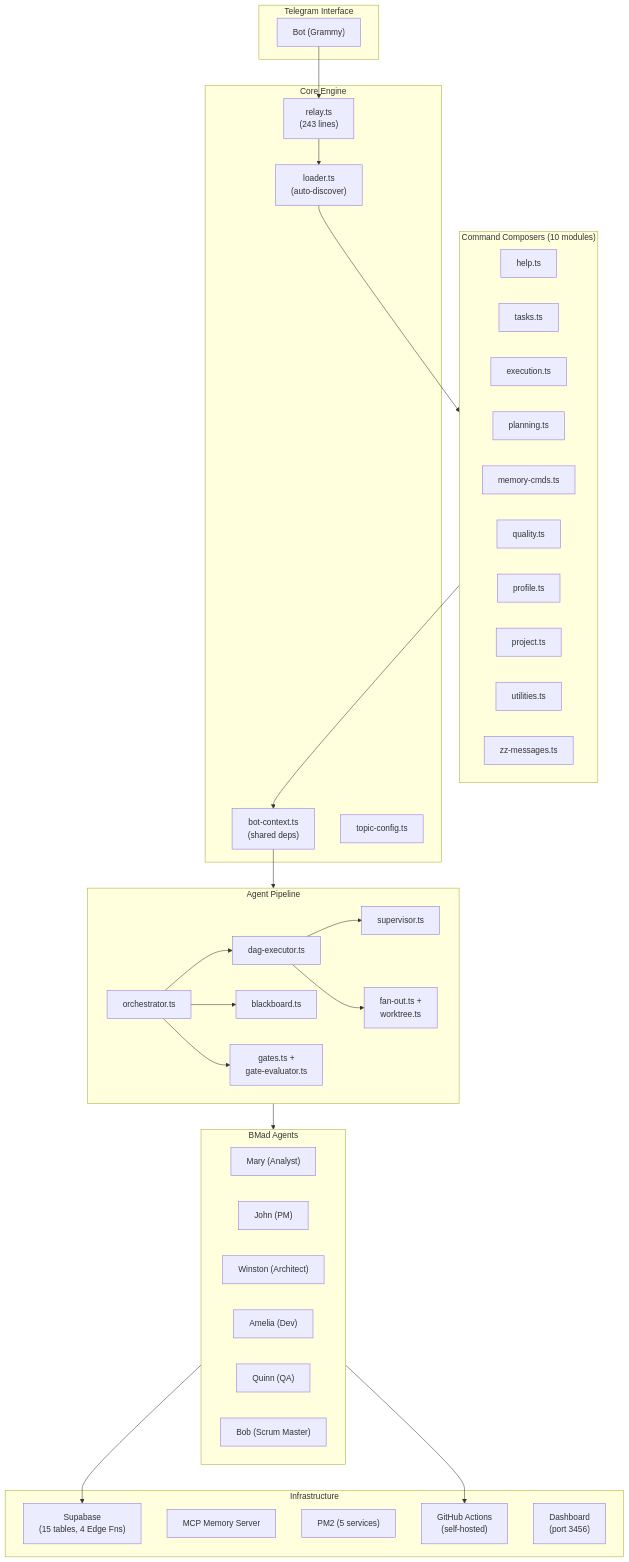
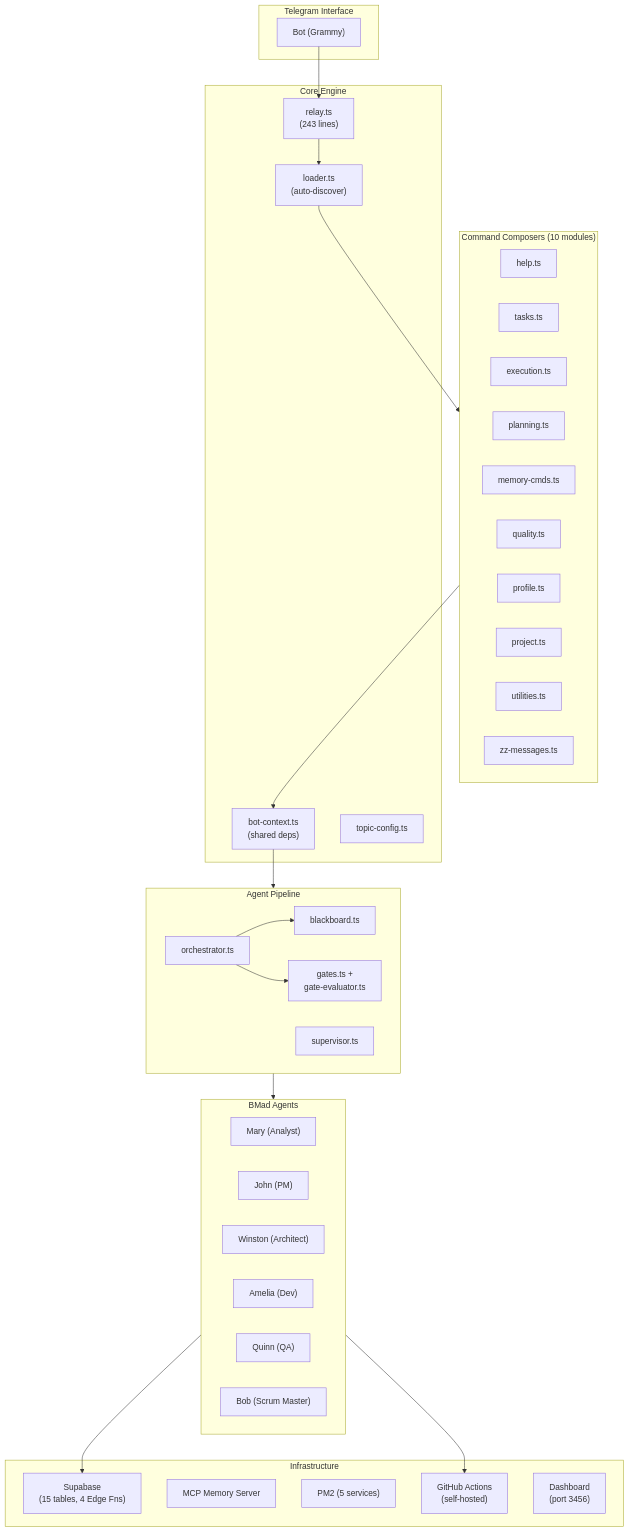
The third of 9 diagrams in README.md (EdouardZemb/claude-telegram-relay), drawn with Mermaid before and after one commit. The commit also changed other lines of this file and 22 other files, not shown here.

````diff
--- a/README.md
+++ b/README.md
@@ -67,66 +67,61 @@
 ```mermaid
 graph TB
     subgraph Telegram["Telegram Interface"]
         TG["Bot (Grammy)"]
     end
 
     subgraph Composers["Command Composers (10 modules)"]
         Help["help.ts"]
         Tasks["tasks.ts"]
         Exec["execution.ts"]
         Plan["planning.ts"]
         Mem["memory-cmds.ts"]
         Qual["quality.ts"]
         Prof["profile.ts"]
         Proj["project.ts"]
         Util["utilities.ts"]
         Msg["zz-messages.ts"]
     end
 
     subgraph Core["Core Engine"]
         Relay["relay.ts\n(243 lines)"]
         Loader["loader.ts\n(auto-discover)"]
         BotCtx["bot-context.ts\n(shared deps)"]
         TopicCfg["topic-config.ts"]
     end
 
     subgraph Pipeline["Agent Pipeline"]
         Orch["orchestrator.ts"]
-        DAG["dag-executor.ts"]
         Super["supervisor.ts"]
         BB["blackboard.ts"]
         Gates["gates.ts +\ngate-evaluator.ts"]
-        FanOut["fan-out.ts +\nworktree.ts"]
     end
 
     subgraph Agents["BMad Agents"]
         Analyst["Mary (Analyst)"]
         PM["John (PM)"]
         Arch["Winston (Architect)"]
         Dev["Amelia (Dev)"]
         QA["Quinn (QA)"]
         SM["Bob (Scrum Master)"]
     end
 
     subgraph Infra["Infrastructure"]
         Supa["Supabase\n(15 tables, 4 Edge Fns)"]
         MCP["MCP Memory Server"]
         PM2["PM2 (5 services)"]
         CI["GitHub Actions\n(self-hosted)"]
         Dash["Dashboard\n(port 3456)"]
     end
 
     TG --> Relay
     Relay --> Loader
     Loader --> Composers
     Composers --> BotCtx
     BotCtx --> Pipeline
-    Orch --> DAG
-    DAG --> Super
     Orch --> BB
     Orch --> Gates
-    DAG --> FanOut
     Pipeline --> Agents
     Agents --> Supa
     Agents --> CI
 ```
````
